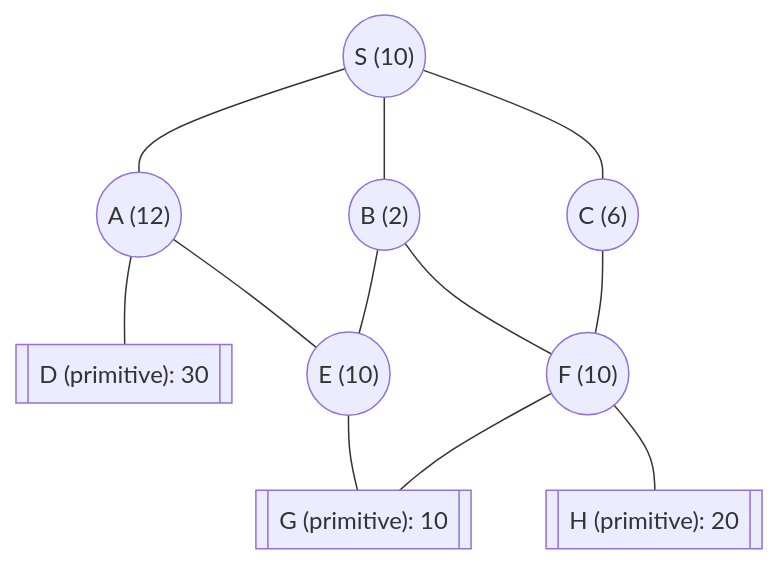
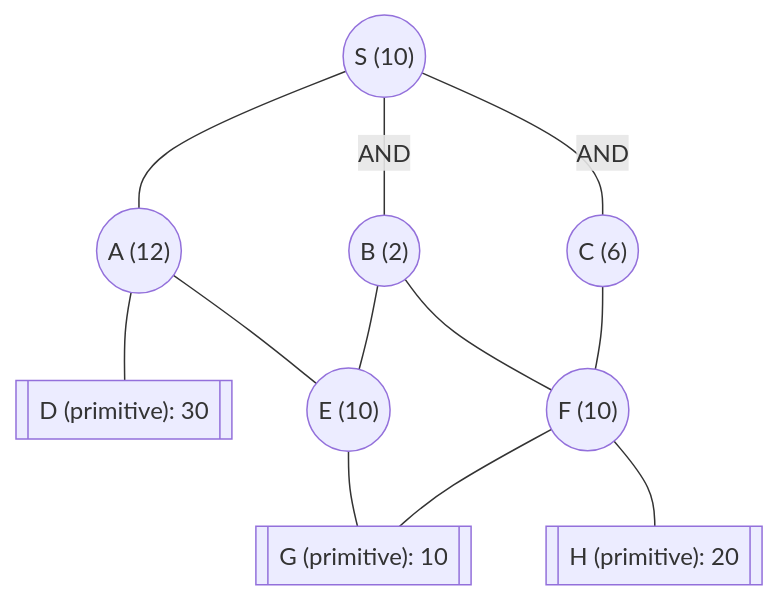
Before and after one commit to vbordia/aifu: the diagram in src/content/papers/23t1-an/05-problem-decomposition.mdx, drawn with Mermaid. The commit also changed 36 other files, not shown here.

````diff
--- a/src/content/papers/23t1-an/05-problem-decomposition.mdx
+++ b/src/content/papers/23t1-an/05-problem-decomposition.mdx
@@ -16,15 +16,15 @@
 ```mermaid
 %% wide
 graph TD
     S(("S (10)")) --- A(("A (12)"))
-    S --- B(("B (2)"))
-    S --- C(("C (6)"))
+    S ---|AND| B(("B (2)"))
+    S ---|AND| C(("C (6)"))
     A --- D[["D (primitive): 30"]]
     A --- E(("E (10)"))
     B --- E
     B --- F(("F (10)"))
     C --- F
     E --- G[["G (primitive): 10"]]
     F --- G
     F --- H[["H (primitive): 20"]]
 ```
````
